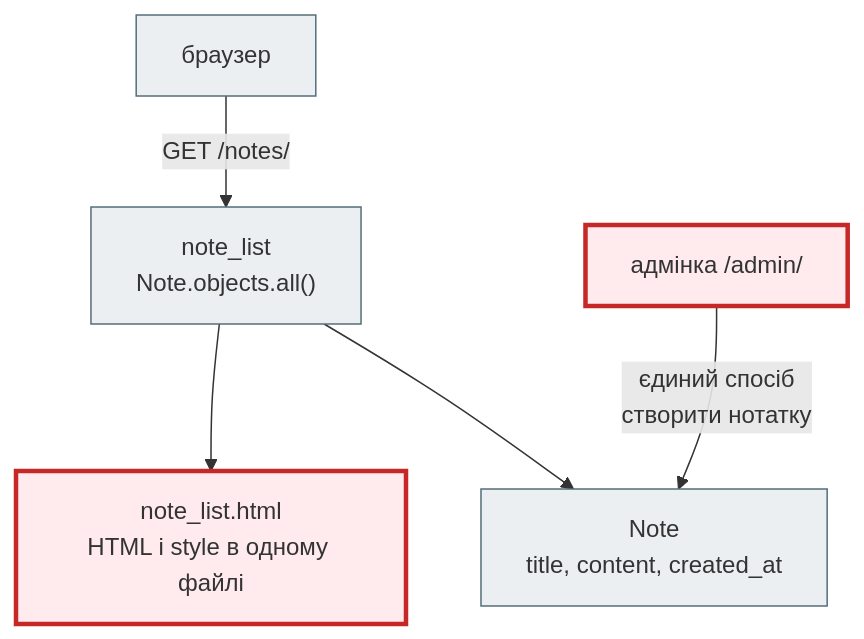
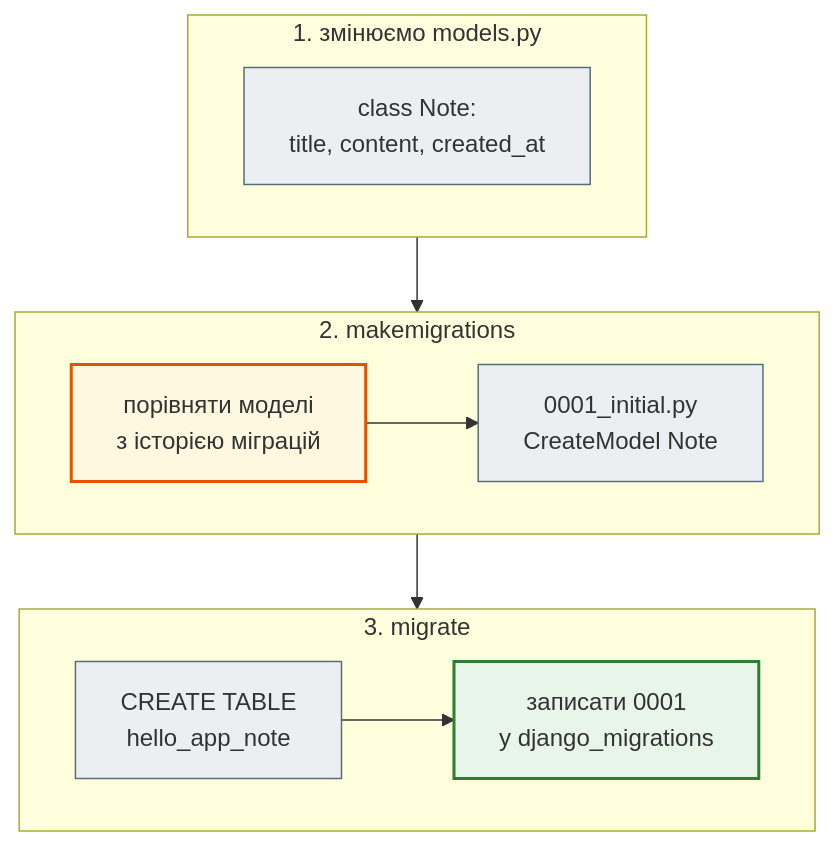
The second of 4 diagrams in docs/modules/m4/lesson_34.md (AlinaRadchenko/PY-Course-Victor-Nikoriak-22-09-2026), drawn with Mermaid before and after one commit. The commit also changed other lines of this file and 1846 other files, not shown here.

````diff
--- a/docs/modules/m4/lesson_34.md
+++ b/docs/modules/m4/lesson_34.md
@@ -40,16 +307,27 @@
 ```mermaid
 flowchart TD
     classDef step     fill:#eceff1,stroke:#546e7a,stroke-width:1px;
     classDef decision fill:#e3f2fd,stroke:#1565c0,stroke-width:2px;
     classDef success  fill:#e8f5e9,stroke:#2e7d32,stroke-width:2px;
     classDef error    fill:#ffebee,stroke:#c62828,stroke-width:3px;
     classDef warning  fill:#fff8e1,stroke:#e65100,stroke-width:2px;
 
-    B["браузер"] -- "GET /notes/" --> V["note_list<br>Note.objects.all()"]
-    V --> T["note_list.html<br>HTML і style в одному файлі"]
-    A["адмінка /admin/"] -- "єдиний спосіб<br>створити нотатку" --> M["Note<br>title, content, created_at"]
-    V --> M
+    subgraph S1["1. змінюємо models.py"]
+        direction LR
+        A1["class Note:<br>title, content, created_at"]
+    end
+    subgraph S2["2. makemigrations"]
+        direction LR
+        A2["порівняти моделі<br>з історією міграцій"] --> B2["0001_initial.py<br>CreateModel Note"]
+    end
+    subgraph S3["3. migrate"]
+        direction LR
+        A3["CREATE TABLE<br>hello_app_note"] --> B3["записати 0001<br>у django_migrations"]
+    end
+    S1 --> S2 --> S3
 
-    class B,V,M step
-    class T,A error
+    class A1 step
+    class A2 warning
+    class B2,A3 step
+    class B3 success
 ```
````
